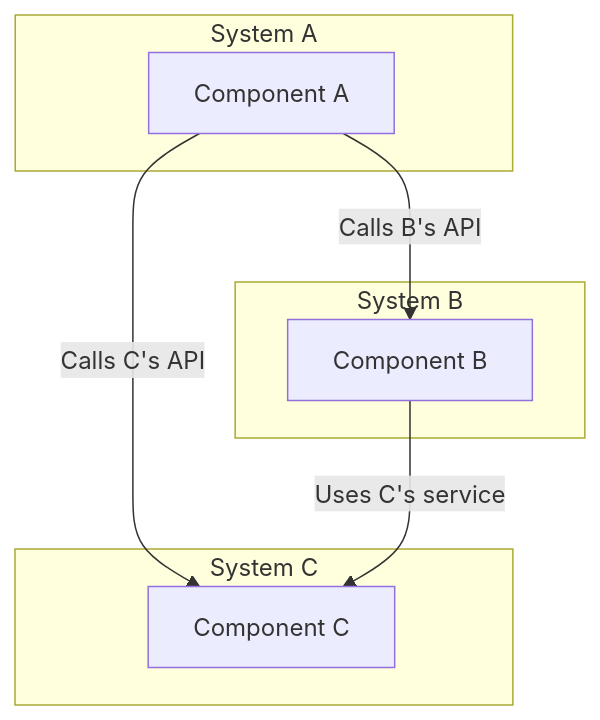
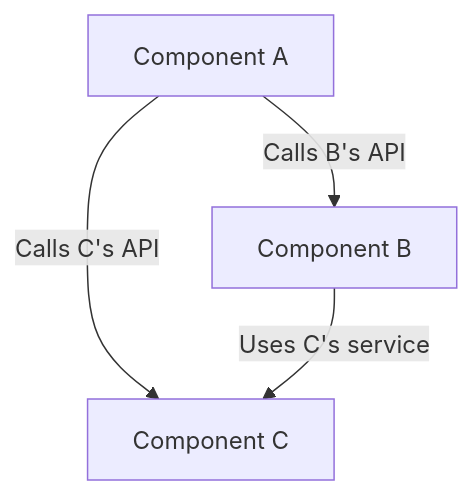
One commit to bmeurant/technical-docs changed the diagram in software-architecture/architectural-styles/component-based.md. Above: the diagram before and after it, drawn with Mermaid. The commit also changed 9 other files, not shown here.

Commit message:
docs(software-architecture): Simplifies mermaid diagrams

````diff
--- a/software-architecture/architectural-styles/component-based.md
+++ b/software-architecture/architectural-styles/component-based.md
@@ -18,18 +18,10 @@
 ```mermaid
 graph TD
-    subgraph System A
-        A[Component A]
-    end
-
-    subgraph System B
-        B[Component B]
-    end
-
-    subgraph System C
-        C[Component C]
-    end
+    A[Component A]
+    B[Component B]
+    C[Component C]
 
     A -- "Calls B's API" --> B
     A -- "Calls C's API" --> C
     B -- "Uses C's service" --> C
 ```
````
